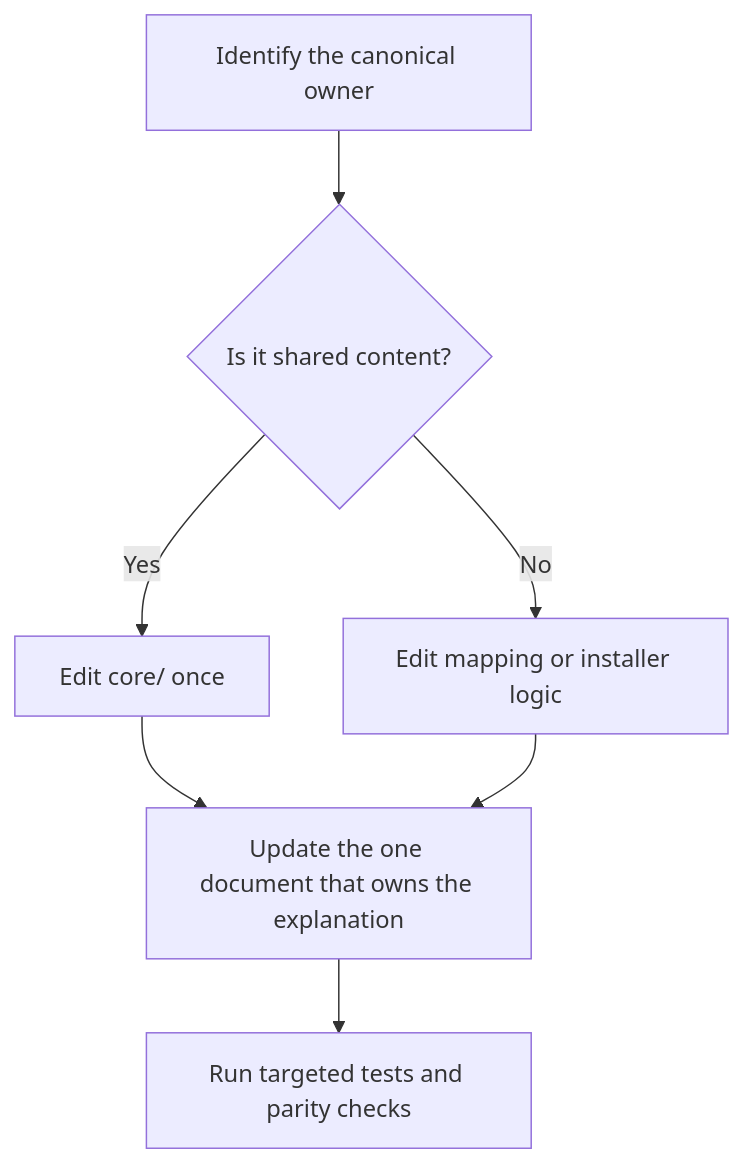
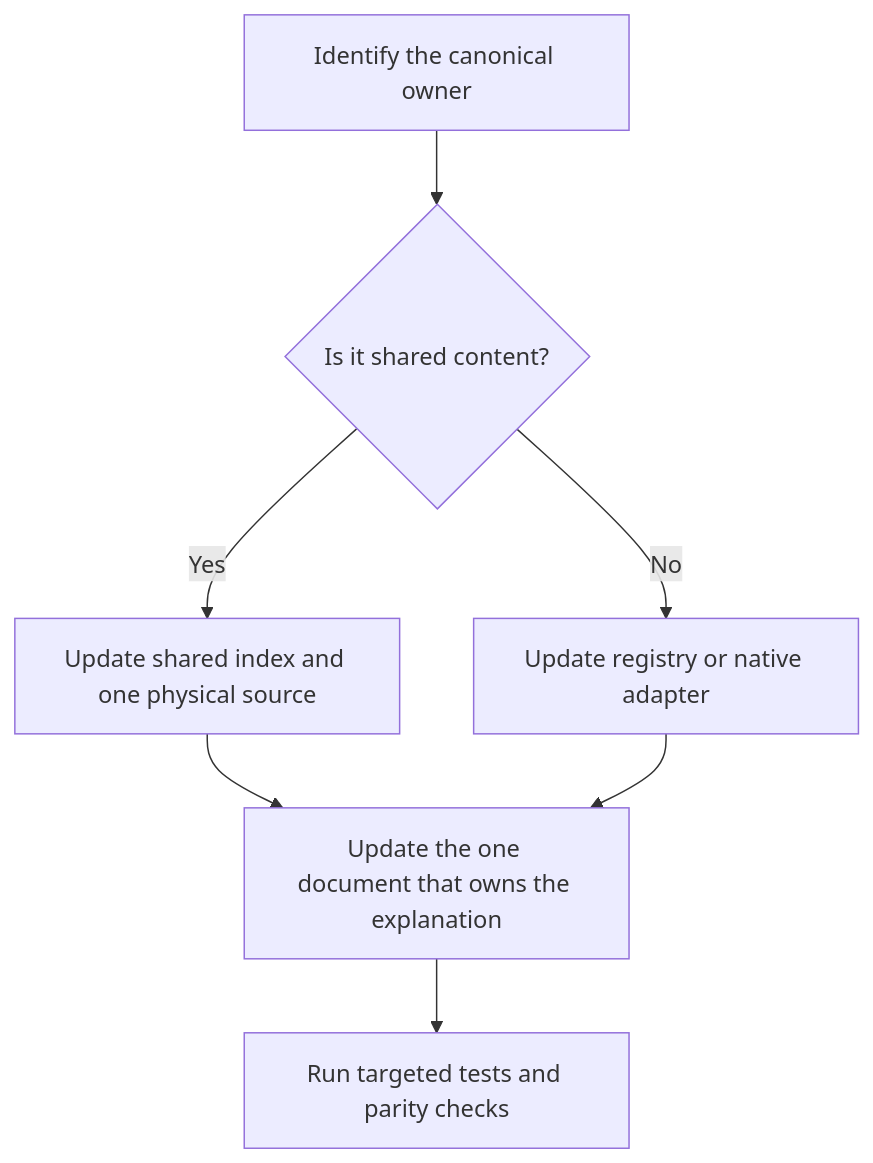
One commit to khoavu882/do-flow changed the third of 3 diagrams in docs/architecture.md. Above: the diagram before and after it, drawn with Mermaid. The commit also changed other lines of this file and 208 other files, not shown here.

````diff
--- a/docs/architecture.md
+++ b/docs/architecture.md
@@ -65,9 +116,9 @@
 ```mermaid
 flowchart TD
     A[Identify the canonical owner] --> B{Is it shared content?}
-    B -->|Yes| C[Edit core/ once]
-    B -->|No| D[Edit mapping or installer logic]
+    B -->|Yes| C[Update shared index and one physical source]
+    B -->|No| D[Update registry or native adapter]
     C --> E[Update the one document that owns the explanation]
     D --> E
     E --> F[Run targeted tests and parity checks]
 ```
````
